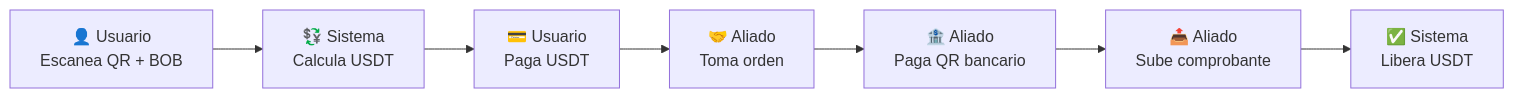
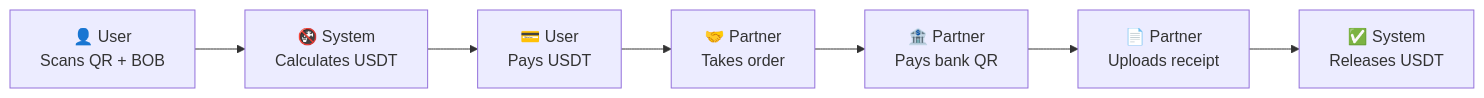
The diagram in README.md (kibo-project/Kibo-Wiki), drawn with Mermaid before and after one commit. The commit also changed other lines of this file, not shown here.

````diff
--- a/README.md
+++ b/README.md
@@ -30,9 +30,9 @@
 ```mermaid
 graph LR
-    A[👤 Usuario<br/>Escanea QR + BOB] --> B[💱 Sistema<br/>Calcula USDT]
-    B --> C[💳 Usuario<br/>Paga USDT]
-    C --> D[🤝 Aliado<br/>Toma orden]
-    D --> E[🏦 Aliado<br/>Paga QR bancario]
-    E --> F[📤 Aliado<br/>Sube comprobante]
-    F --> G[✅ Sistema<br/>Libera USDT]
+    A[👤 User<br/>Scans QR + BOB] --> B[🚱 System<br/>Calculates USDT]
+    B --> C[💳 User<br/>Pays USDT]
+    C --> D[🤝 Partner<br/>Takes order]
+    D --> E[🏦 Partner<br/>Pays bank QR]
+    E --> F[📄 Partner<br/>Uploads receipt]
+    F --> G[✅ System<br/>Releases USDT]
 ```
````
